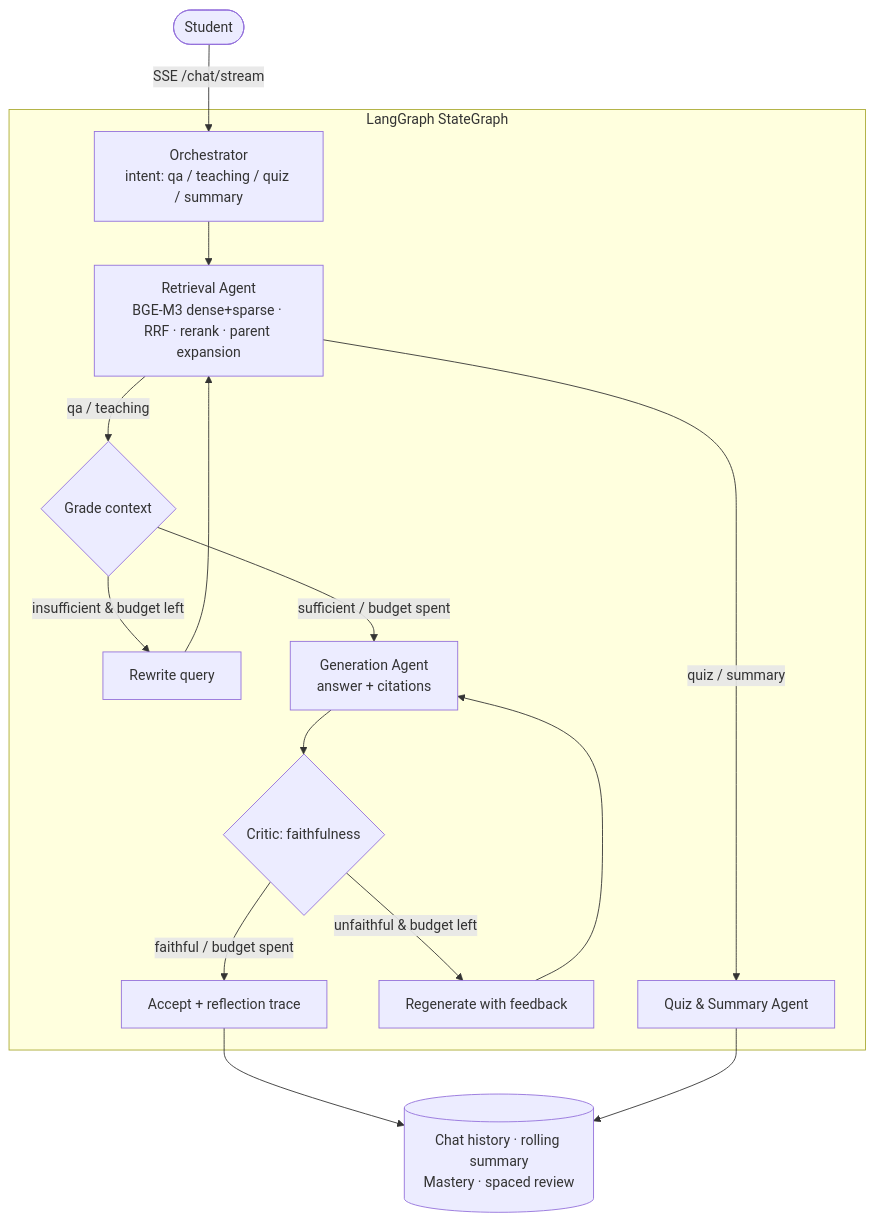
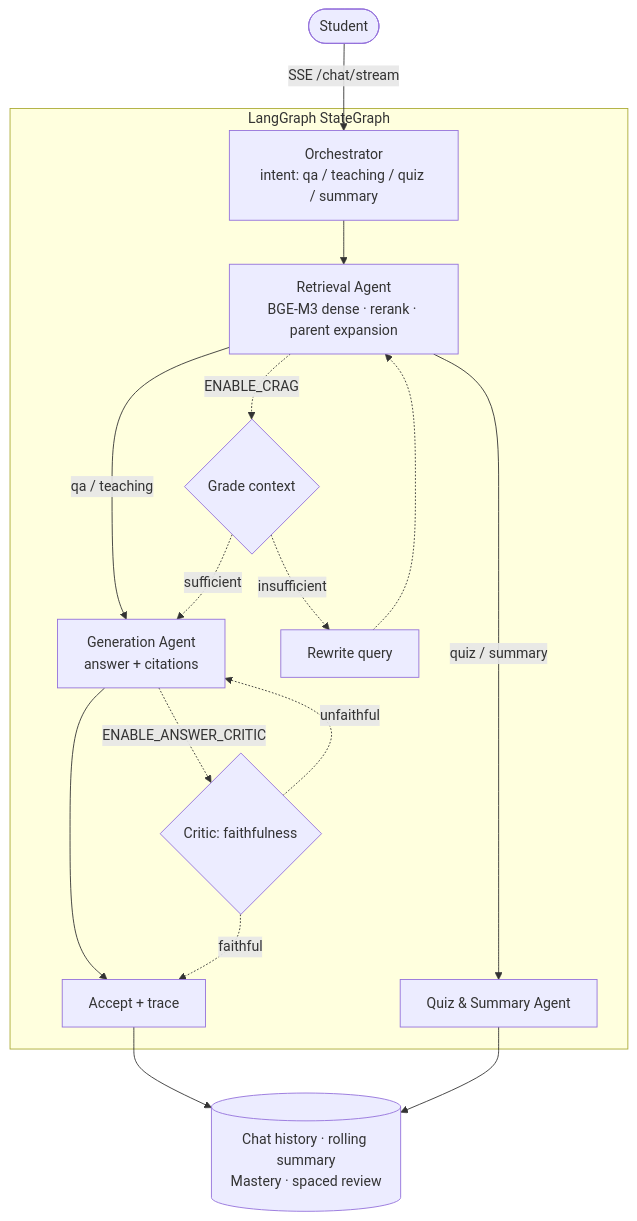
The diagram in README.md (VinhDoan1604/StuQuiz), drawn with Mermaid before and after one commit. The commit also changed other lines of this file and 55 other files, not shown here.

````diff
--- a/README.md
+++ b/README.md
@@ -53,22 +59,22 @@
 ```mermaid
 flowchart TD
     User([Student]) -->|SSE /chat/stream| Orchestrator[Orchestrator<br/>intent: qa / teaching / quiz / summary]
 
     subgraph "LangGraph StateGraph"
-        Orchestrator --> Retrieval[Retrieval Agent<br/>BGE-M3 dense+sparse · RRF · rerank · parent expansion]
-        Retrieval -->|qa / teaching| GradeContext{Grade context}
+        Orchestrator --> Retrieval[Retrieval Agent<br/>BGE-M3 dense · rerank · parent expansion]
+        Retrieval -->|qa / teaching| Generation[Generation Agent<br/>answer + citations]
         Retrieval -->|quiz / summary| QuizSummary[Quiz & Summary Agent]
+        Generation --> Accept[Accept + trace]
 
-        GradeContext -->|insufficient & budget left| RewriteQuery[Rewrite query]
-        RewriteQuery --> Retrieval
-        GradeContext -->|sufficient / budget spent| Generation[Generation Agent<br/>answer + citations]
-
-        Generation --> GradeAnswer{Critic: faithfulness}
-        GradeAnswer -->|unfaithful & budget left| RetryGen[Regenerate with feedback]
-        RetryGen --> Generation
-        GradeAnswer -->|faithful / budget spent| Accept[Accept + reflection trace]
+        Retrieval -. ENABLE_CRAG .-> GradeContext{Grade context}
+        GradeContext -. insufficient .-> RewriteQuery[Rewrite query]
+        RewriteQuery -.-> Retrieval
+        GradeContext -. sufficient .-> Generation
+        Generation -. ENABLE_ANSWER_CRITIC .-> GradeAnswer{Critic: faithfulness}
+        GradeAnswer -. unfaithful .-> Generation
+        GradeAnswer -. faithful .-> Accept
     end
 
     Accept --> Memory[(Chat history · rolling summary<br/>Mastery · spaced review)]
     QuizSummary --> Memory
 ```
````
